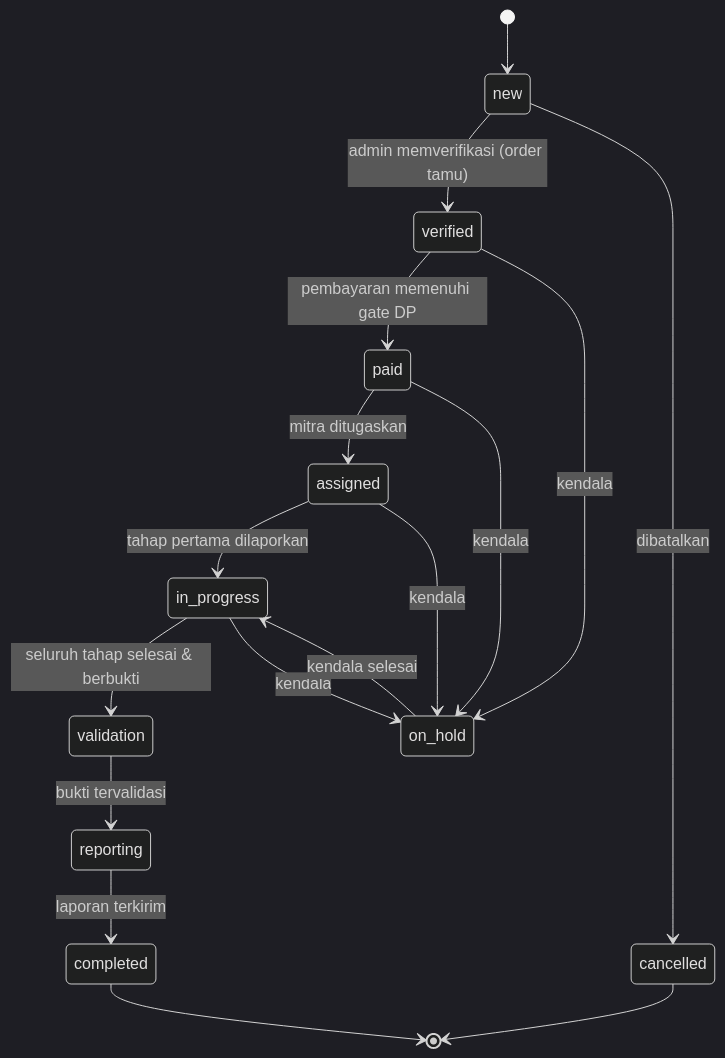
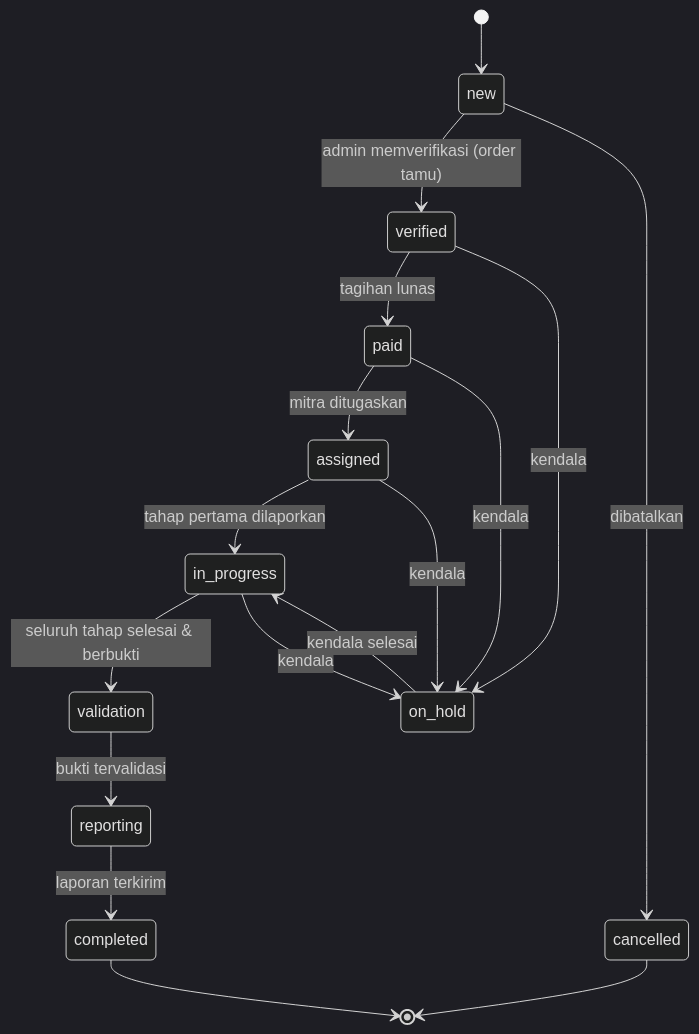
The second of 5 diagrams in docs/08_WORKFLOW_MAP.md (aiagent-zs/suksesaqiqah1), drawn with Mermaid (dark theme) before and after one commit. The commit also changed other lines of this file and 52 other files, not shown here.

````diff
--- a/docs/08_WORKFLOW_MAP.md
+++ b/docs/08_WORKFLOW_MAP.md
@@ -37,19 +37,19 @@
 ```mermaid
 stateDiagram-v2
     [*] --> new
     new --> verified: admin memverifikasi (order tamu)
-    verified --> paid: pembayaran memenuhi gate DP
+    verified --> paid: tagihan lunas
     paid --> assigned: mitra ditugaskan
     assigned --> in_progress: tahap pertama dilaporkan
     in_progress --> validation: seluruh tahap selesai & berbukti
     validation --> reporting: bukti tervalidasi
     reporting --> completed: laporan terkirim
     new --> cancelled: dibatalkan
     verified --> on_hold: kendala
     paid --> on_hold: kendala
     assigned --> on_hold: kendala
     in_progress --> on_hold: kendala
     on_hold --> in_progress: kendala selesai
     completed --> [*]
     cancelled --> [*]
 ```
````
